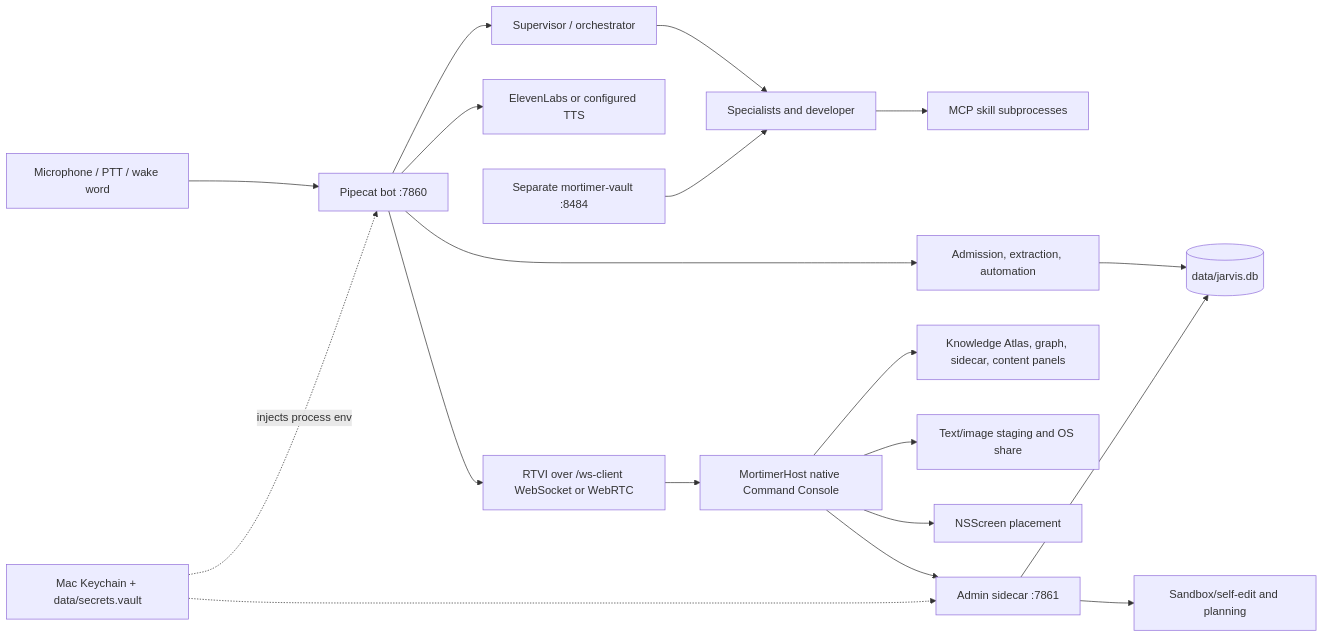
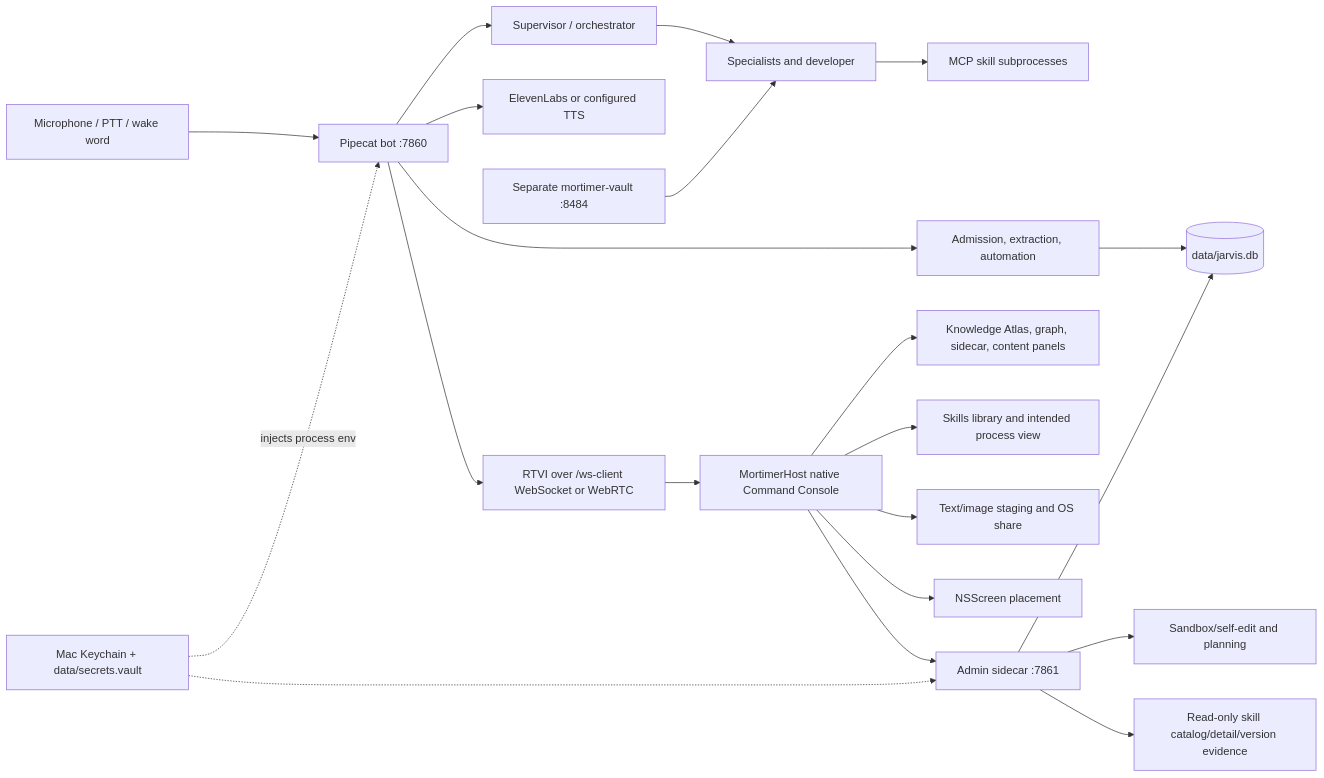
Before and after one commit to Larryfix71566/jarvis-voice-ai: the diagram in docs/ARCHITECTURE.md, drawn with Mermaid. The commit also changed other lines of this file and 525 other files, not shown here.

````diff
--- a/docs/ARCHITECTURE.md
+++ b/docs/ARCHITECTURE.md
@@ -10,21 +66,23 @@
 ```mermaid
 flowchart LR
   MIC[Microphone / PTT / wake word] --> BOT[Pipecat bot :7860]
   BOT --> SUP[Supervisor / orchestrator]
   SUP --> AGENTS[Specialists and developer]
   AGENTS --> MCP[MCP skill subprocesses]
   BOT --> MEM[Admission, extraction, automation]
   MEM --> DB[(data/jarvis.db)]
   BOT --> TTS[ElevenLabs or configured TTS]
   BOT --> UI[RTVI over /ws-client WebSocket or WebRTC]
   UI --> HOST[MortimerHost native Command Console]
   HOST --> ATLAS[Knowledge Atlas, graph, sidecar, content panels]
+  HOST --> SKILLS[Skills library and intended process view]
   HOST --> SHARE[Text/image staging and OS share]
   HOST --> DISPLAY[NSScreen placement]
   HOST --> SIDE[Admin sidecar :7861]
   SIDE --> EDIT[Sandbox/self-edit and planning]
+  SIDE --> SKCAT[Read-only skill catalog/detail/version evidence]
   SIDE --> DB
   VAULT[Mac Keychain + data/secrets.vault] -. injects process env .-> BOT
   VAULT -.-> SIDE
   KB[Separate mortimer-vault :8484] --> AGENTS
 ```
````
